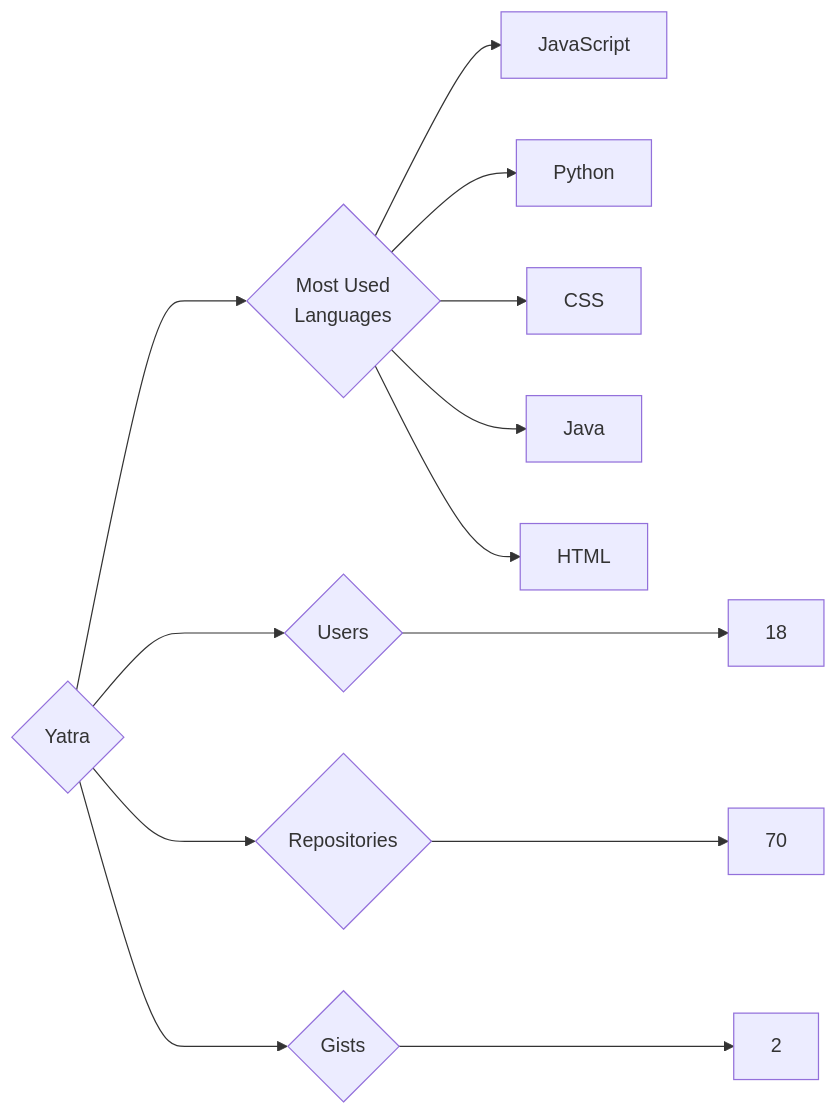
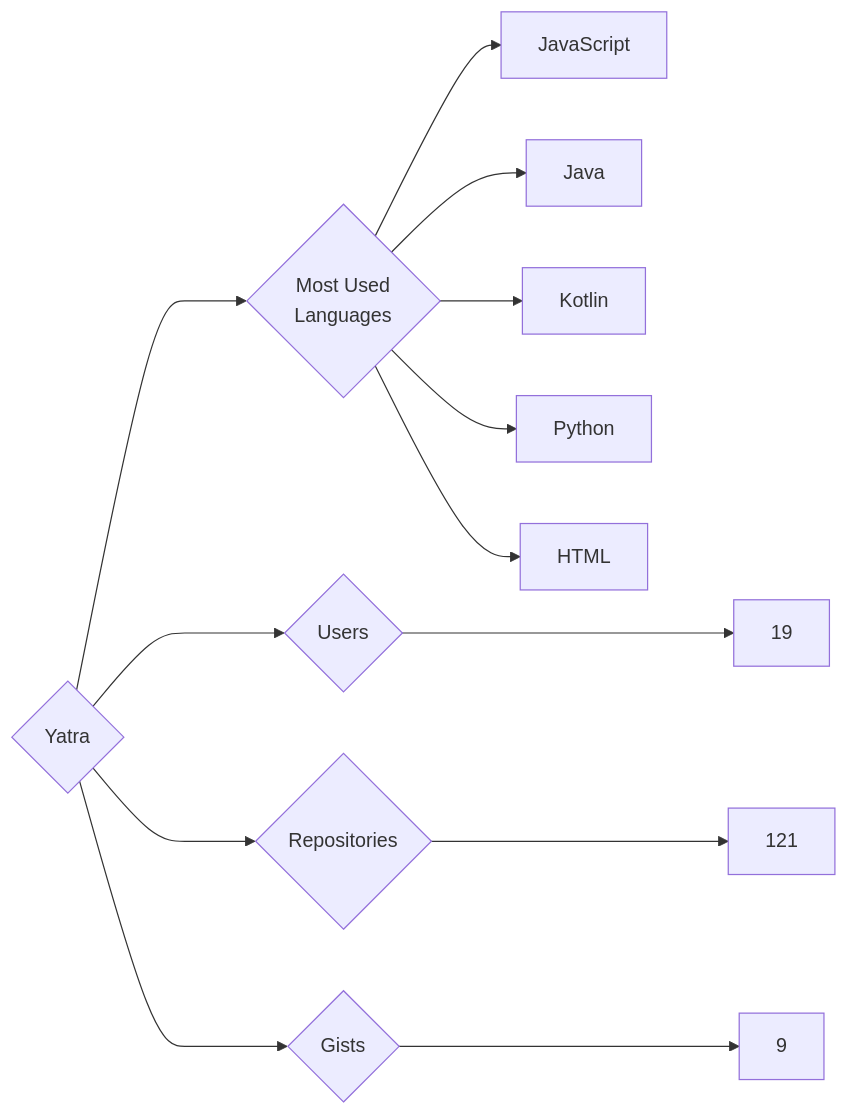
The diagram in targets/Yatra/README.md (trickest/insiders), drawn with Mermaid before and after one commit. The commit also changed 969 other files, not shown here.

````diff
--- a/targets/Yatra/README.md
+++ b/targets/Yatra/README.md
@@ -3,13 +3,13 @@
 ```mermaid
 graph LR
 COMPANY_NAME{Yatra}
-COMPANY_NAME ---> U{Users} ---> UN[18]
-COMPANY_NAME ---> R{Repositories} ---> RN[70]
-COMPANY_NAME ---> G{Gists} ---> GN[2]
+COMPANY_NAME ---> U{Users} ---> UN[19]
+COMPANY_NAME ---> R{Repositories} ---> RN[121]
+COMPANY_NAME ---> G{Gists} ---> GN[9]
 COMPANY_NAME ---> ML{Most Used<br>Languages}
 ML --> JavaScript[JavaScript]
+ML --> Java[Java]
+ML --> Kotlin[Kotlin]
 ML --> Python[Python]
-ML --> CSS[CSS]
-ML --> Java[Java]
 ML --> HTML[HTML]
 ```
````
